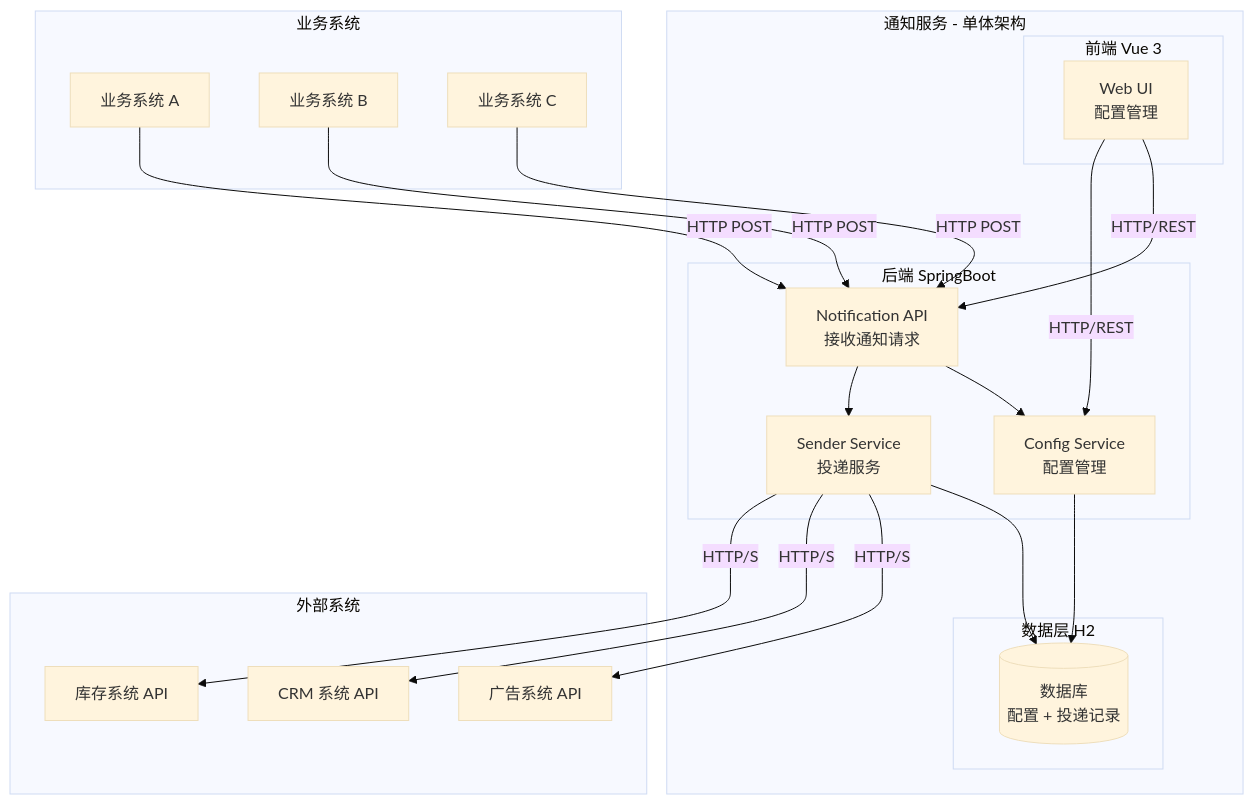
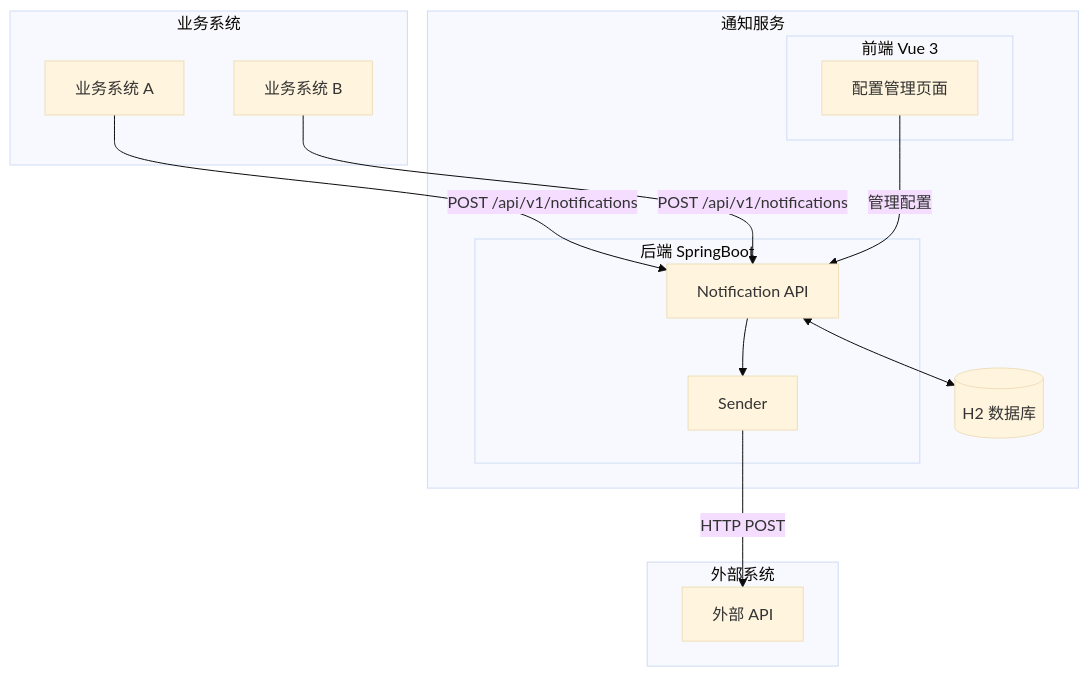
The diagram in openspec/changes/api-notification-system/design.md (springmonster/rc_kuanghaochuan), drawn with Mermaid (base theme) before and after one commit. The commit also changed other lines of this file and 7 other files, not shown here.

````diff
--- a/openspec/changes/api-notification-system/design.md
+++ b/openspec/changes/api-notification-system/design.md
@@ -21,46 +13,31 @@
 ```mermaid
 graph TB
     subgraph 业务系统
         SYS1[业务系统 A]
         SYS2[业务系统 B]
-        SYS3[业务系统 C]
     end
 
-    subgraph NotificationService[通知服务 - 单体架构]
+    subgraph NotificationService[通知服务]
         subgraph Frontend[前端 Vue 3]
-            WEB[Web UI<br/>配置管理]
+            WEB[配置管理页面]
         end
 
         subgraph Backend[后端 SpringBoot]
-            API[Notification API<br/>接收通知请求]
-            CONFIG[Config Service<br/>配置管理]
-            SENDER[Sender Service<br/>投递服务]
+            API[Notification API]
+            SENDER[Sender]
         end
 
-        subgraph Data[数据层 H2]
-            DB[(数据库<br/>配置 + 投递记录)]
-        end
+        DB[(H2 数据库)]
     end
 
     subgraph 外部系统
-        EXT1[广告系统 API]
-        EXT2[CRM 系统 API]
-        EXT3[库存系统 API]
+        EXT[外部 API]
     end
 
-    SYS1 -->|HTTP POST| API
-    SYS2 -->|HTTP POST| API
-    SYS3 -->|HTTP POST| API
-
-    WEB -->|HTTP/REST| API
-    WEB -->|HTTP/REST| CONFIG
-
-    API --> CONFIG
+    SYS1 -->|POST /api/v1/notifications| API
+    SYS2 -->|POST /api/v1/notifications| API
+    WEB -->|管理配置| API
+    API <--> DB
     API --> SENDER
-    SENDER --> DB
-    CONFIG --> DB
-
-    SENDER -->|HTTP/S| EXT1
-    SENDER -->|HTTP/S| EXT2
-    SENDER -->|HTTP/S| EXT3
+    SENDER -->|HTTP POST| EXT
 ```
````
